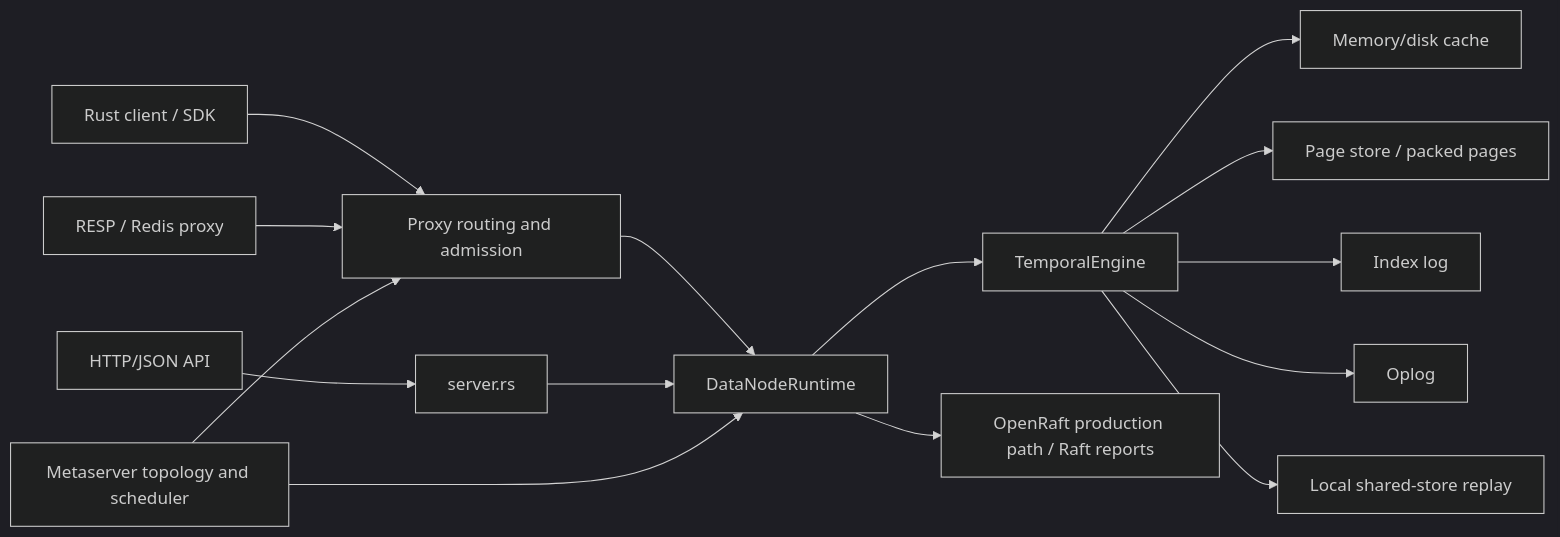
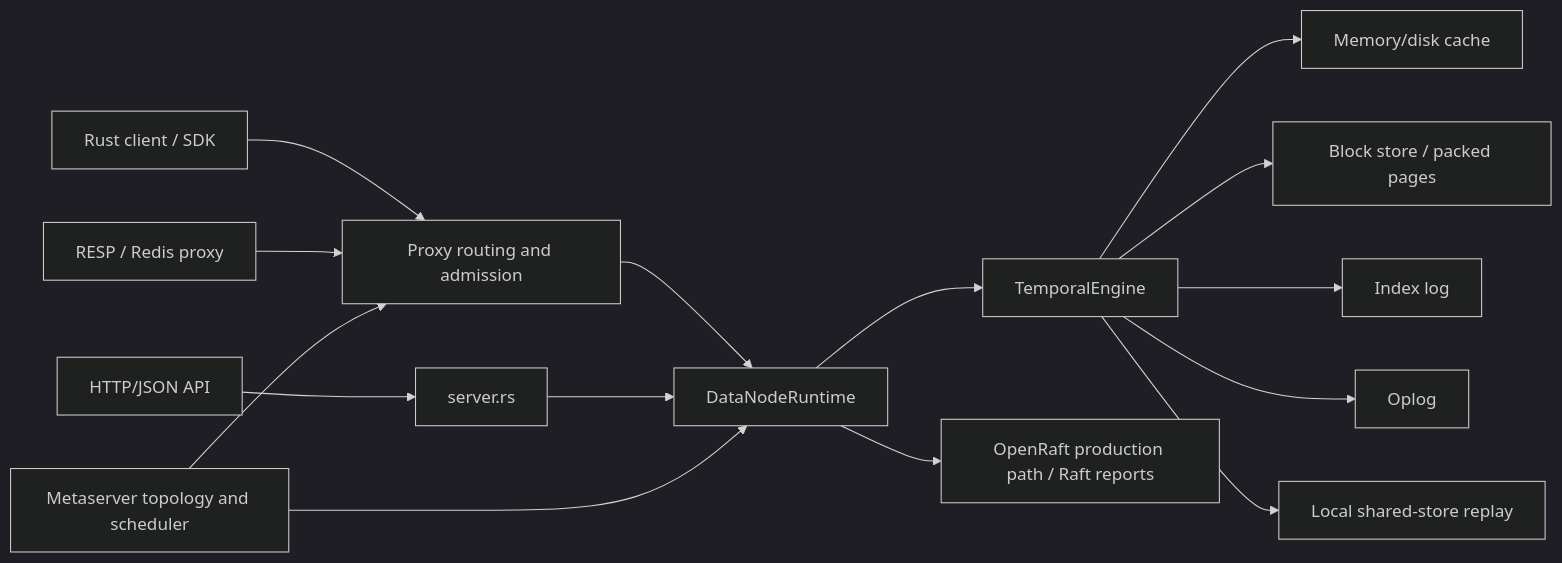
Before and after one commit to matrixarkai/TemporalStore: the first of 2 diagrams in docs/rust_temporalstore_code_deep_dive.md, drawn with Mermaid (dark theme). The commit also changed other lines of this file and 33 other files, not shown here.

Commit message:
Rename Rust page store runtime to block store

````diff
--- a/docs/rust_temporalstore_code_deep_dive.md
+++ b/docs/rust_temporalstore_code_deep_dive.md
@@ -54,17 +54,17 @@
 ```mermaid
 flowchart LR
     Client["Rust client / SDK"] --> Proxy["Proxy routing and admission"]
     Redis["RESP / Redis proxy"] --> Proxy
     HTTP["HTTP/JSON API"] --> Server["server.rs"]
     Proxy --> DataNode["DataNodeRuntime"]
     Server --> DataNode
     DataNode --> Engine["TemporalEngine"]
     Engine --> Cache["Memory/disk cache"]
-    Engine --> PageStore["Page store / packed pages"]
+    Engine --> BlockStore["Block store / packed pages"]
     Engine --> IndexLog["Index log"]
     Engine --> OpLog["Oplog"]
     Engine --> SharedStore["Local shared-store replay"]
     DataNode --> Raft["OpenRaft production path / Raft reports"]
     Meta["Metaserver topology and scheduler"] --> Proxy
     Meta --> DataNode
 ```
````
